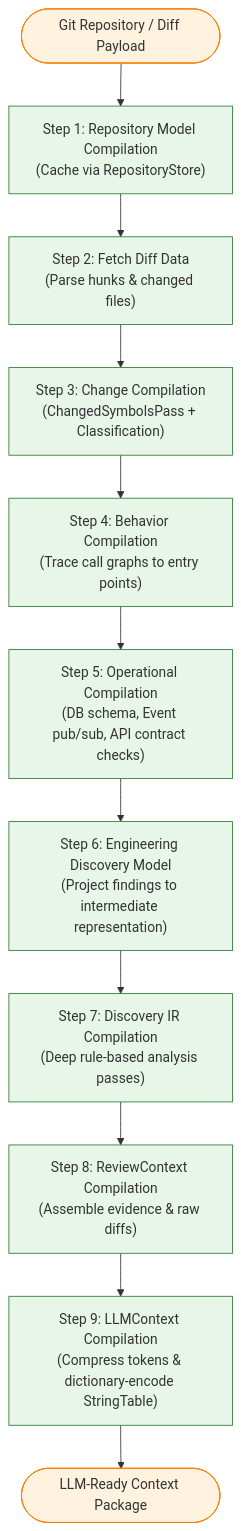
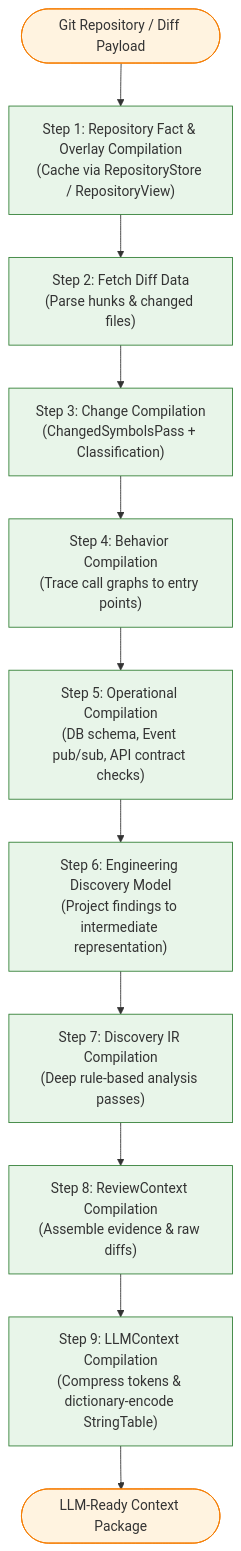
Before and after one commit to jishnusamal/cystatic-core: the second of 2 diagrams in architecture.md, drawn with Mermaid. The commit also changed other lines of this file and 28 other files, not shown here.

````diff
--- a/architecture.md
+++ b/architecture.md
@@ -78,20 +86,20 @@
 ```mermaid
 flowchart TD
     %% Styling Classes
     classDef stepStyle fill:#e8f5e9,stroke:#2e7d32,stroke-width:1px;
     classDef ioStyle fill:#fff3e0,stroke:#f57c00,stroke-width:1px;
 
-    Start(["Git Repository / Diff Payload"]) --> Step1["Step 1: Repository Model Compilation<br/>(Cache via RepositoryStore)"]
+    Start(["Git Repository / Diff Payload"]) --> Step1["Step 1: Repository Fact & Overlay Compilation<br/>(Cache via RepositoryStore / RepositoryView)"]
     Step1 --> Step2["Step 2: Fetch Diff Data<br/>(Parse hunks & changed files)"]
     Step2 --> Step3["Step 3: Change Compilation<br/>(ChangedSymbolsPass + Classification)"]
     Step3 --> Step4["Step 4: Behavior Compilation<br/>(Trace call graphs to entry points)"]
     Step4 --> Step5["Step 5: Operational Compilation<br/>(DB schema, Event pub/sub, API contract checks)"]
     Step5 --> Step6["Step 6: Engineering Discovery Model<br/>(Project findings to intermediate representation)"]
     Step6 --> Step7["Step 7: Discovery IR Compilation<br/>(Deep rule-based analysis passes)"]
     Step7 --> Step8["Step 8: ReviewContext Compilation<br/>(Assemble evidence & raw diffs)"]
     Step8 --> Step9["Step 9: LLMContext Compilation<br/>(Compress tokens & dictionary-encode StringTable)"]
     Step9 --> End(["LLM-Ready Context Package"])
 
     class Start,End ioStyle;
     class Step1,Step2,Step3,Step4,Step5,Step6,Step7,Step8,Step9 stepStyle;
 ```
````
